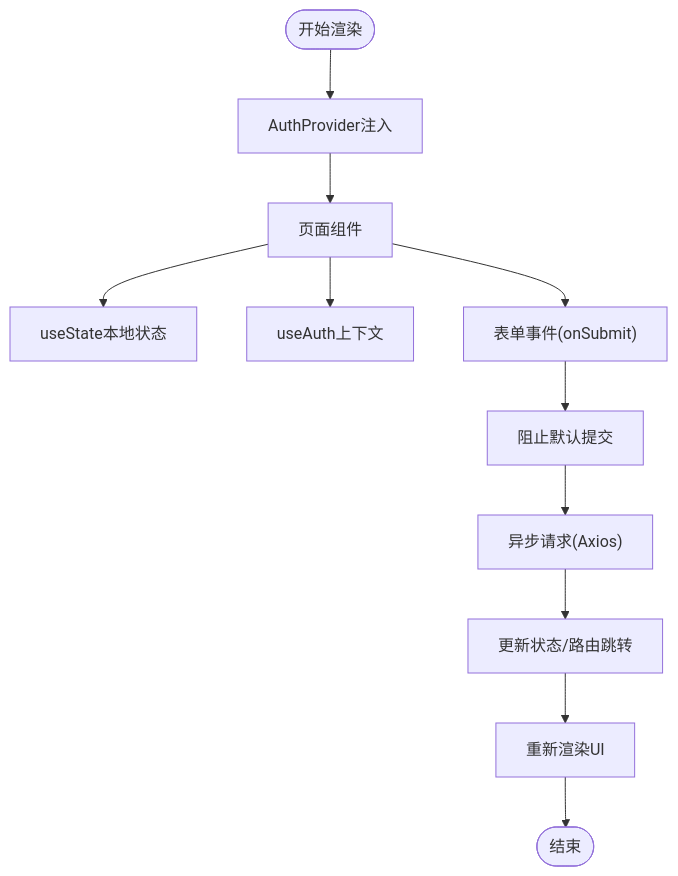
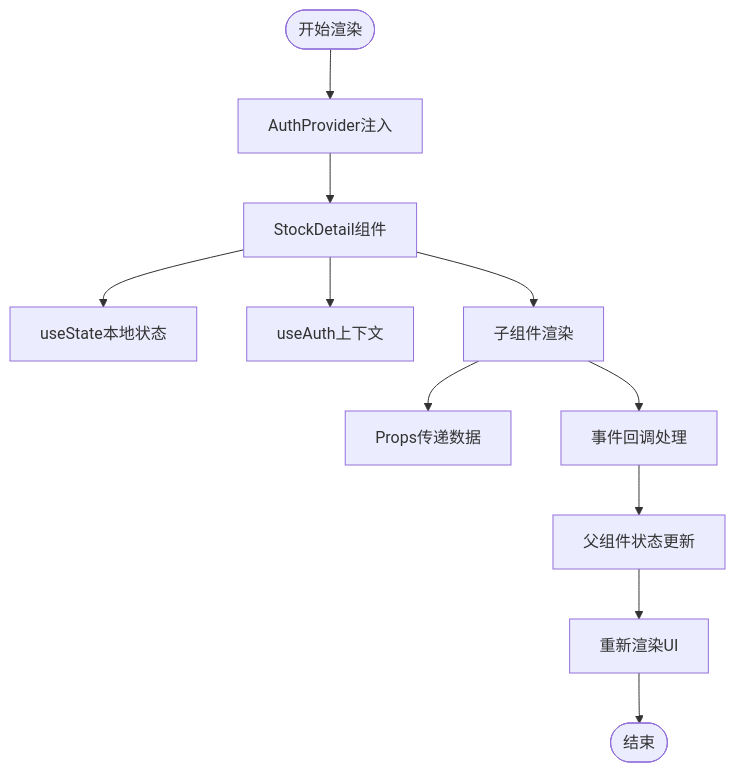
One commit to breeze-lyf/ai-stock-advisor changed the ninth of 10 diagrams in .qoder/repowiki/zh/content/前端开发指南/React组件设计/React组件设计.md. Above: the diagram before and after it, drawn with Mermaid. The commit also changed other lines of this file and 30 other files, not shown here.

````diff
--- a/.qoder/repowiki/zh/content/前端开发指南/React组件设计/React组件设计.md
+++ b/.qoder/repowiki/zh/content/前端开发指南/React组件设计/React组件设计.md
@@ -321,13 +478,13 @@
 ```mermaid
 flowchart TD
 Start(["开始渲染"]) --> Provider["AuthProvider注入"]
-Provider --> Page["页面组件"]
+Provider --> Page["StockDetail组件"]
 Page --> LocalState["useState本地状态"]
 Page --> Context["useAuth上下文"]
-Page --> Event["表单事件(onSubmit)"]
-Event --> PreventDefault["阻止默认提交"]
-PreventDefault --> AsyncCall["异步请求(Axios)"]
-AsyncCall --> Update["更新状态/路由跳转"]
-Update --> Render["重新渲染UI"]
+Page --> ChildComponents["子组件渲染"]
+ChildComponents --> Props["Props传递数据"]
+ChildComponents --> Events["事件回调处理"]
+Events --> Parent["父组件状态更新"]
+Parent --> Render["重新渲染UI"]
 Render --> End(["结束"])
 ```
````
